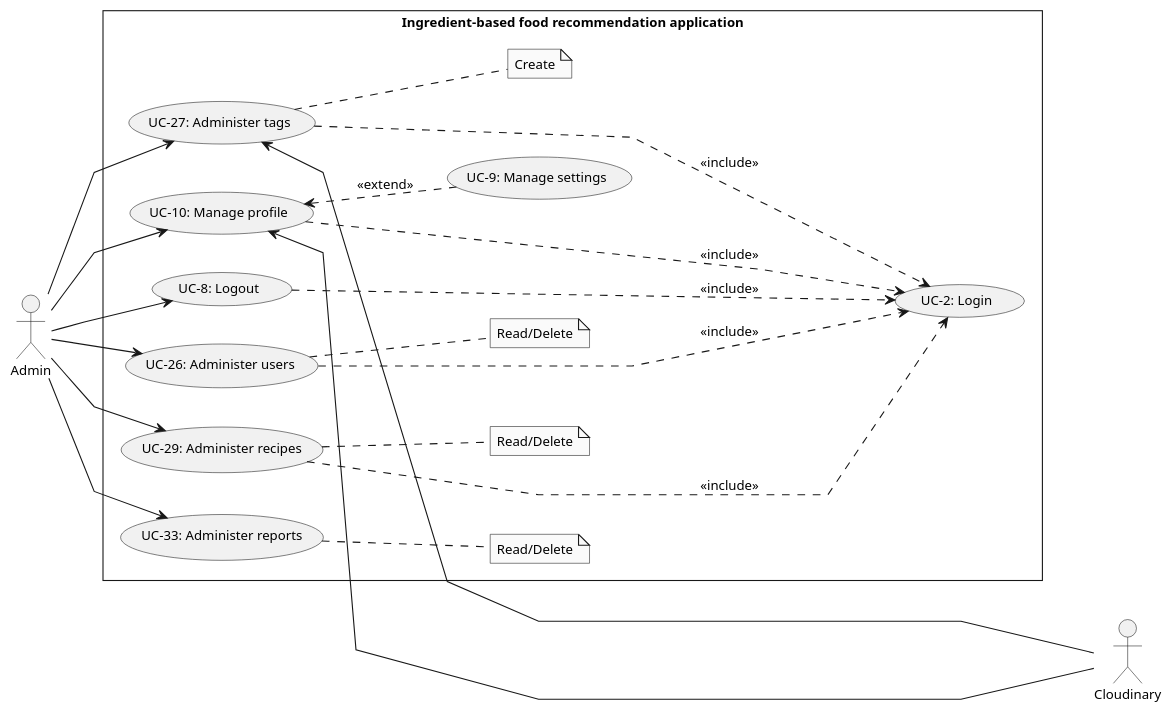
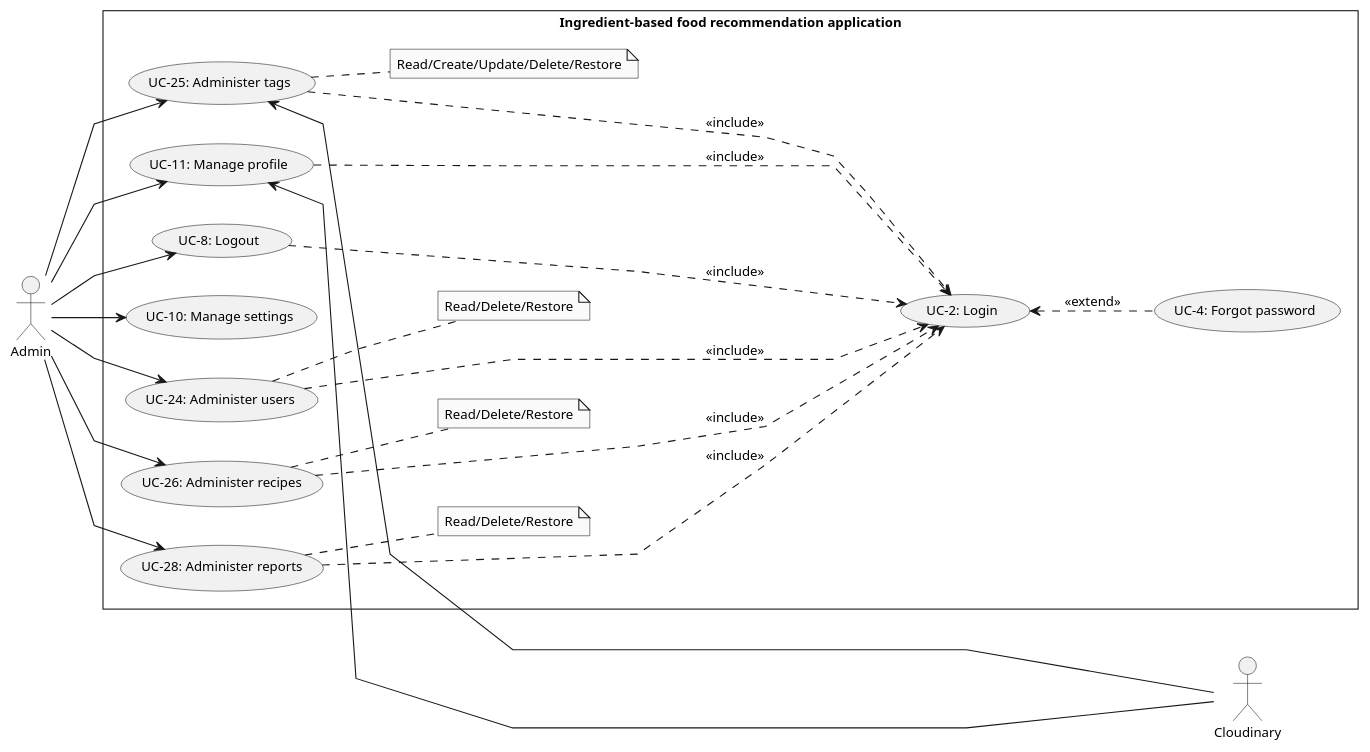
Before and after one commit to Carl-Johnsons/tastopia: the diagram in doc/SRS/Usecase/AdminUsecase/AdminUsecase.plantuml, drawn with PlantUML. The commit also changed 6 other files, not shown here.

```diff
--- a/doc/SRS/Usecase/AdminUsecase/AdminUsecase.plantuml
+++ b/doc/SRS/Usecase/AdminUsecase/AdminUsecase.plantuml
@@ -1,47 +1,51 @@
 @startuml AdminUsecase
 skinparam style strictuml
 skinparam monochrome true
 skinparam linetype polyline
 skinparam defaultFontSize 12
 left to right direction
 actor "Admin" as admin
 actor "Cloudinary" as cl
 rectangle Ingredient-based<U+0020>food<U+0020>recommendation<U+0020>application {
     usecase "UC-2: Login" as ucLogin
+    usecase "UC-4: Forgot password" as ucForgotPassword
     usecase "UC-8: Logout" as ucLogout
-    usecase "UC-9: Manage settings" as ucManageSetting
-    usecase "UC-10: Manage profile" as ucManageProfile
+    usecase "UC-10: Manage settings" as ucManageSetting
+    usecase "UC-11: Manage profile" as ucManageProfile
 
-    usecase "UC-26: Administer users" as ucAdmUser
-    usecase "UC-27: Administer tags" as ucAdmTags
-    usecase "UC-29: Administer recipes" as ucAdmRecipe
-    usecase "UC-33: Administer reports" as ucAdmReport
+    usecase "UC-24: Administer users" as ucAdmUser
+    usecase "UC-25: Administer tags" as ucAdmTags
+    usecase "UC-26: Administer recipes" as ucAdmRecipe
+    usecase "UC-28: Administer reports" as ucAdmReport
 
-    note "Read/Delete" as noteAdmUser
-    note "Read/Delete" as noteAdmRecipe
-    note "Create" as noteAdmTag
-    note "Read/Delete" as noteAdmReport
+    note "Read/Delete/Restore" as noteAdmUser
+    note "Read/Delete/Restore" as noteAdmRecipe
+    note "Read/Create/Update/Delete/Restore" as noteAdmTag
+    note "Read/Delete/Restore" as noteAdmReport
 
     admin --> ucAdmUser
         ucAdmUser .. noteAdmUser
     admin --> ucAdmRecipe
         ucAdmRecipe .. noteAdmRecipe
     admin --> ucAdmReport
         ucAdmReport .. noteAdmReport
     admin --> ucAdmTags
         ucAdmTags .. noteAdmTag
     admin --> ucManageProfile
-        ucManageProfile <.. ucManageSetting: <<extend>>
+    admin --> ucManageSetting
     admin --> ucLogout
 
     ucLogout .....> ucLogin : <<include>>
     ucAdmUser .....> ucLogin : <<include>>
     ucAdmRecipe .....> ucLogin : <<include>>
     ucAdmTags .....> ucLogin : <<include>>
     ucManageProfile .....> ucLogin : <<include>>
+    ucAdmReport .....> ucLogin : <<include>>
+
+    ucLogin <.. ucForgotPassword : <<extend>>
 
     cl --up----> ucManageProfile
     cl --up----> ucAdmTags
 }
 
 @enduml
```
